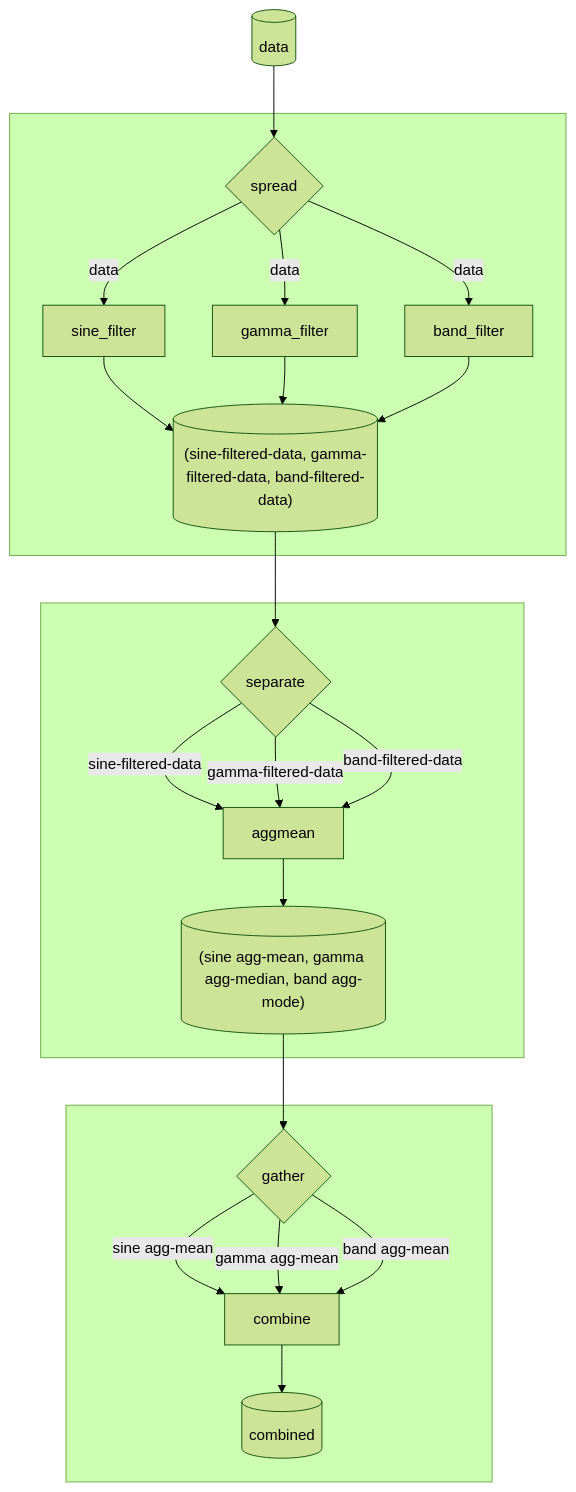
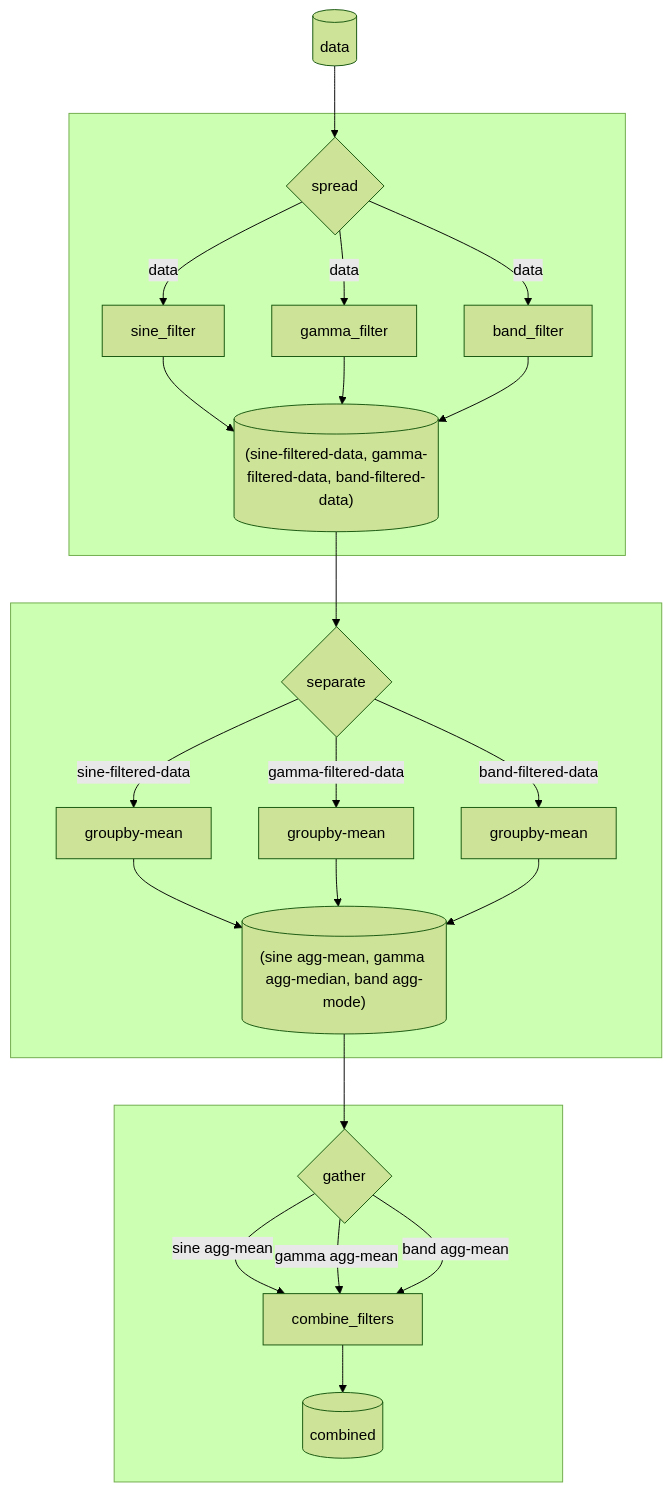
Before and after one commit to ejolly/py-utilz: the ninth of 11 diagrams in docs/pipes.md, drawn with Mermaid (forest theme). The commit also changed other lines of this file and 1 other file, not shown here.

````diff
--- a/docs/pipes.md
+++ b/docs/pipes.md
@@ -293,27 +305,29 @@
 ```mermaid
 graph TD
   df[(data)]-->spread{spread}
   subgraph  
   spread-- data -->sine[sine_filter]
   spread-- data -->gamma[gamma_filter]
   spread-- data -->band[band_filter]
   sine -->out[("(sine-filtered-data, gamma-filtered-data, band-filtered-data)")]
   gamma -->out
   band -->out
   end
 
   out -->separate{separate}
   subgraph  
-  separate-- sine-filtered-data -->aggmean[aggmean]
-  separate-- gamma-filtered-data -->aggmean
-  separate-- band-filtered-data -->aggmean
-  aggmean --> dfout[("(sine agg-mean, gamma agg-median, band agg-mode)")]
+  separate-- sine-filtered-data -->aggfuncsine[groupby-mean]
+  separate-- gamma-filtered-data -->aggfuncgamma[groupby-mean]
+  separate-- band-filtered-data -->aggfuncband[groupby-mean]
+  aggfuncsine --> dfout[("(sine agg-mean, gamma agg-median, band agg-mode)")]
+  aggfuncgamma -->dfout
+  aggfuncband -->dfout
   end
   dfout -->gather{gather}
   subgraph  
-  gather-- sine agg-mean -->func[combine]
+  gather-- sine agg-mean -->func[combine_filters]
   gather-- gamma agg-mean-->func
   gather-- band agg-mean-->func
   func-->combined[(combined)]
   end
 ```
````
